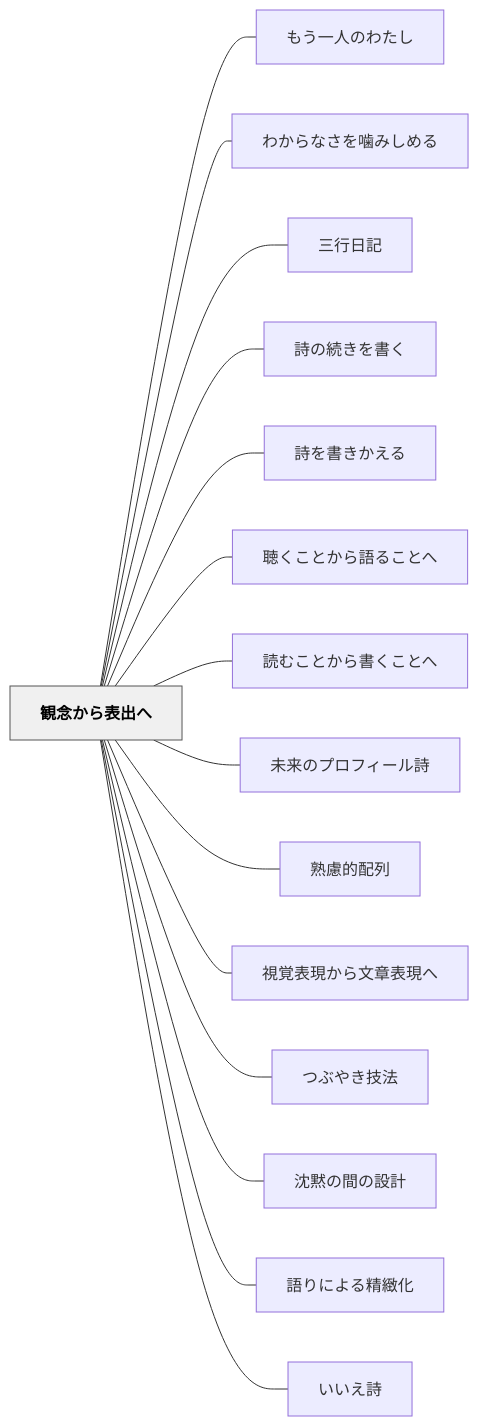
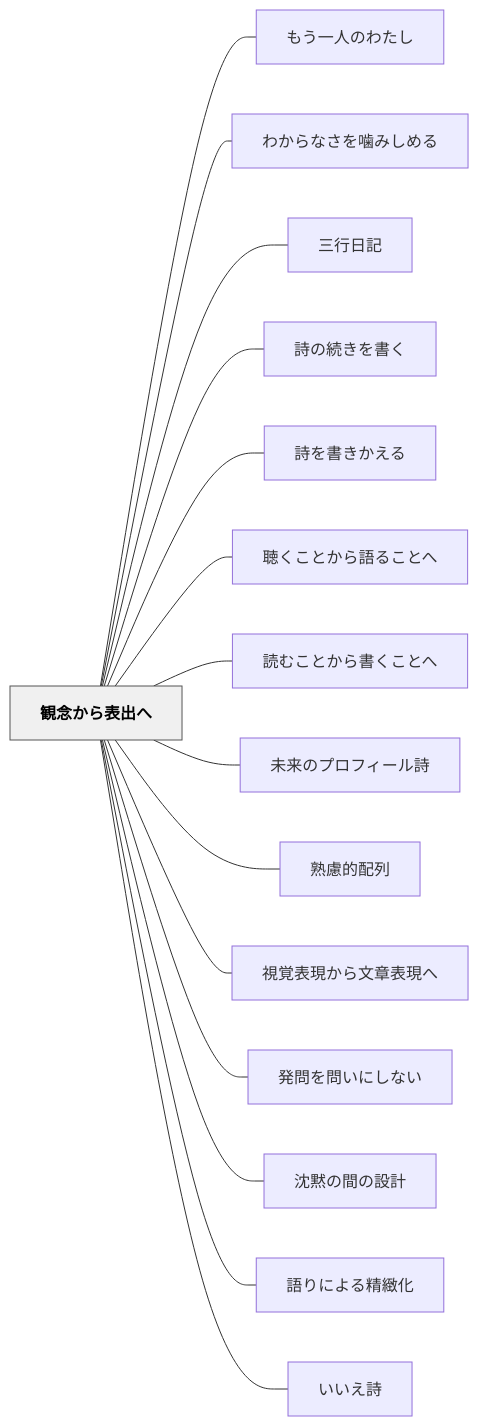
Before and after one commit to unknownthings-ed-patterns/unknownthings-ed-patterns: the diagram in content/パタン/観念から表出へ.md, drawn with Mermaid. The commit also changed other lines of this file and 32 other files, not shown here.

````diff
--- a/content/パタン/観念から表出へ.md
+++ b/content/パタン/観念から表出へ.md
@@ -53,36 +53,36 @@
 ```mermaid
 flowchart LR
     ne8a6b3e5bfb5e3818be38289e8a1a8e587bae381b8["観念から表出へ"]
     ne38282e38186e4b880e4babae381aee3828fe3819fe38197["もう一人のわたし"]
     ne3828fe3818be38289e381aae38195e38292e5999be381bfe38197e38281e3828b["わからなさを噛みしめる"]
     ne4b889e8a18ce697a5e8a898["三行日記"]
     ne8a9a9e381aee7b69ae3818de38292e69bb8e3818f["詩の続きを書く"]
     ne8a9a9e38292e69bb8e3818de3818be38188e3828b["詩を書きかえる"]
     ne881b4e3818fe38193e381a8e3818be38289e8aa9ee3828be38193e381a8e381b8["聴くことから語ることへ"]
     ne8aaade38280e38193e381a8e3818be38289e69bb8e3818fe38193e381a8e381b8["読むことから書くことへ"]
     ne69caae69da5e381aee38397e383ade38395e382a3e383bce383abe8a9a9["未来のプロフィール詩"]
     ne7869fe685aee79a84e9858de58897["熟慮的配列"]
     ne8a696e8a69ae8a1a8e78fbee3818be38289e69687e7aba0e8a1a8e78fbee381b8["視覚表現から文章表現へ"]
-    ne381a4e381b6e38284e3818de68a80e6b395["つぶやき技法"]
+    ne799bae5958fe38292e5958fe38184e381abe38197e381aae38184["発問を問いにしない"]
     ne6b288e9bb99e381aee99693e381aee8a8ade8a888["沈黙の間の設計"]
     ne8aa9ee3828ae381abe38288e3828be7b2bee7b7bbe58c96["語りによる精緻化"]
     ne38184e38184e38188e8a9a9["いいえ詩"]
 
     ne8a6b3e5bfb5e3818be38289e8a1a8e587bae381b8 --- ne38282e38186e4b880e4babae381aee3828fe3819fe38197
     ne8a6b3e5bfb5e3818be38289e8a1a8e587bae381b8 --- ne3828fe3818be38289e381aae38195e38292e5999be381bfe38197e38281e3828b
     ne8a6b3e5bfb5e3818be38289e8a1a8e587bae381b8 --- ne4b889e8a18ce697a5e8a898
     ne8a6b3e5bfb5e3818be38289e8a1a8e587bae381b8 --- ne8a9a9e381aee7b69ae3818de38292e69bb8e3818f
     ne8a6b3e5bfb5e3818be38289e8a1a8e587bae381b8 --- ne8a9a9e38292e69bb8e3818de3818be38188e3828b
     ne8a6b3e5bfb5e3818be38289e8a1a8e587bae381b8 --- ne881b4e3818fe38193e381a8e3818be38289e8aa9ee3828be38193e381a8e381b8
     ne8a6b3e5bfb5e3818be38289e8a1a8e587bae381b8 --- ne8aaade38280e38193e381a8e3818be38289e69bb8e3818fe38193e381a8e381b8
     ne8a6b3e5bfb5e3818be38289e8a1a8e587bae381b8 --- ne69caae69da5e381aee38397e383ade38395e382a3e383bce383abe8a9a9
     ne8a6b3e5bfb5e3818be38289e8a1a8e587bae381b8 --- ne7869fe685aee79a84e9858de58897
     ne8a6b3e5bfb5e3818be38289e8a1a8e587bae381b8 --- ne8a696e8a69ae8a1a8e78fbee3818be38289e69687e7aba0e8a1a8e78fbee381b8
-    ne8a6b3e5bfb5e3818be38289e8a1a8e587bae381b8 --- ne381a4e381b6e38284e3818de68a80e6b395
+    ne8a6b3e5bfb5e3818be38289e8a1a8e587bae381b8 --- ne799bae5958fe38292e5958fe38184e381abe38197e381aae38184
     ne8a6b3e5bfb5e3818be38289e8a1a8e587bae381b8 --- ne6b288e9bb99e381aee99693e381aee8a8ade8a888
     ne8a6b3e5bfb5e3818be38289e8a1a8e587bae381b8 --- ne8aa9ee3828ae381abe38288e3828be7b2bee7b7bbe58c96
     ne8a6b3e5bfb5e3818be38289e8a1a8e587bae381b8 --- ne38184e38184e38188e8a9a9
 
     classDef hub fill:#f0f0f0,stroke:#555,color:#000,font-weight:bold
     class ne8a6b3e5bfb5e3818be38289e8a1a8e587bae381b8 hub
 ```
````
